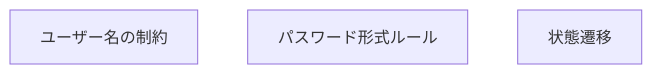
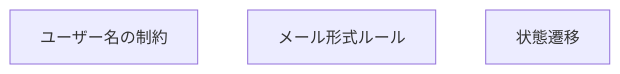
Before and after one commit to Tomy-ch/go-boilerplate: the third of 12 diagrams in internal/usecase/README.ja.md, drawn with Mermaid. The commit also changed other lines of this file and 47 other files, not shown here.

````diff
--- a/internal/usecase/README.ja.md
+++ b/internal/usecase/README.ja.md
@@ -115,6 +115,6 @@
 ```mermaid
 flowchart TB
     A["ユーザー名の制約"]
-    B["パスワード形式ルール"]
+    B["メール形式ルール"]
     C["状態遷移"]
 ```
````
